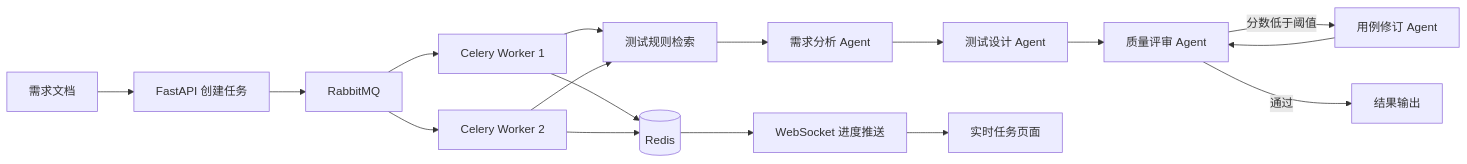
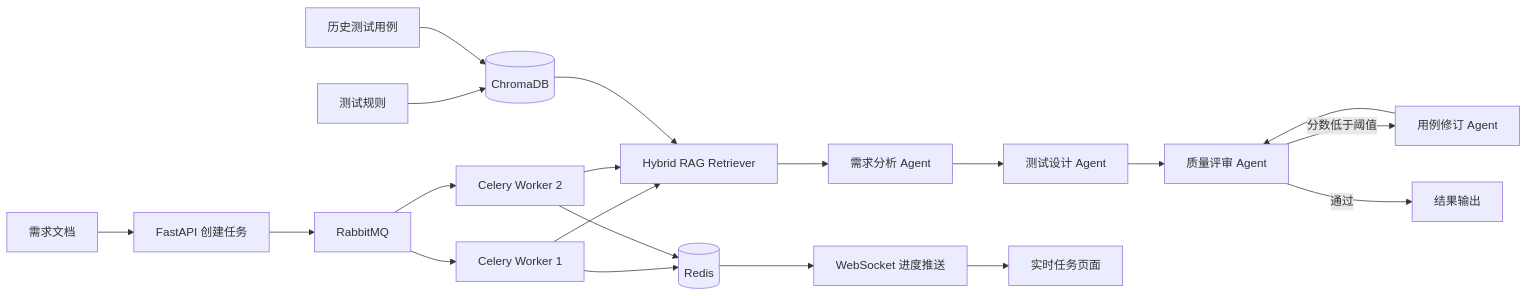
The diagram in README.md (xingqianyue268-alt/req2test-agent), drawn with Mermaid before and after one commit. The commit also changed other lines of this file, not shown here.

Commit message:
docs: document persistent RAG knowledge base

````diff
--- a/README.md
+++ b/README.md
@@ -25,19 +28,22 @@
 ```mermaid
 flowchart LR
     A[需求文档] --> API[FastAPI 创建任务]
     API --> MQ[RabbitMQ]
     MQ --> W1[Celery Worker 1]
     MQ --> W2[Celery Worker 2]
-    W1 --> R[测试规则检索]
-    W2 --> R
-    R --> C[需求分析 Agent]
+    W1 --> RAG[Hybrid RAG Retriever]
+    W2 --> RAG
+    Rules[测试规则] --> VDB[(ChromaDB)]
+    Cases[历史测试用例] --> VDB
+    VDB --> RAG
+    RAG --> C[需求分析 Agent]
     C --> D[测试设计 Agent]
     D --> E[质量评审 Agent]
     E -->|分数低于阈值| F[用例修订 Agent]
     F --> E
     E -->|通过| G[结果输出]
     W1 --> Redis[(Redis)]
     W2 --> Redis
     Redis --> WS[WebSocket 进度推送]
     WS --> UI[实时任务页面]
 ```
````
